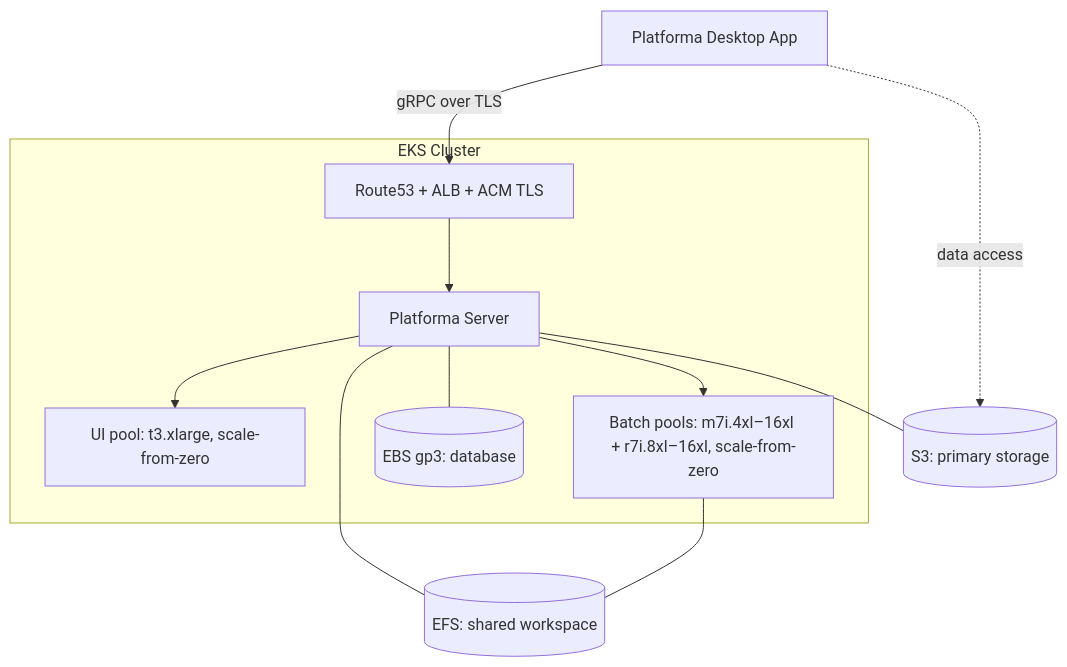
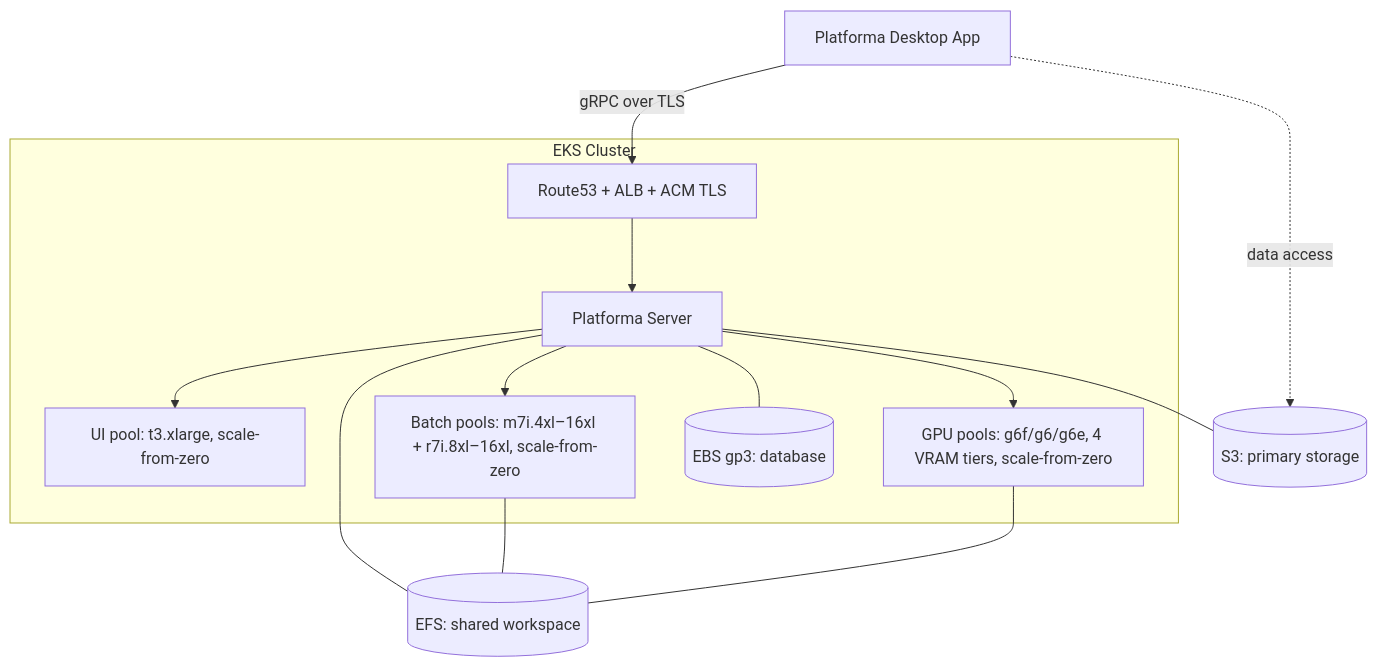
The diagram in infrastructure/aws/README.md (milaboratory/platforma-helm), drawn with Mermaid before and after one commit. The commit also changed other lines of this file and 9 other files, not shown here.

````diff
--- a/infrastructure/aws/README.md
+++ b/infrastructure/aws/README.md
@@ -9,20 +9,22 @@
 ```mermaid
 graph TD
     desktop["Platforma Desktop App"]
     dns["Route53 + ALB + ACM TLS"]
     s3[("S3: primary storage")]
 
     desktop -->|"gRPC over TLS"| dns
     desktop -.->|"data access"| s3
 
     subgraph EKS["EKS Cluster"]
         dns --> platforma["Platforma Server"]
         platforma --> ui["UI pool: t3.xlarge, scale-from-zero"]
         platforma --> batch["Batch pools: m7i.4xl–16xl + r7i.8xl–16xl, scale-from-zero"]
+        platforma --> gpu["GPU pools: g6f/g6/g6e, 4 VRAM tiers, scale-from-zero"]
         platforma --- ebs[("EBS gp3: database")]
     end
 
     platforma --- s3
     platforma --- efs[("EFS: shared workspace")]
     batch --- efs
+    gpu --- efs
 ```
````
